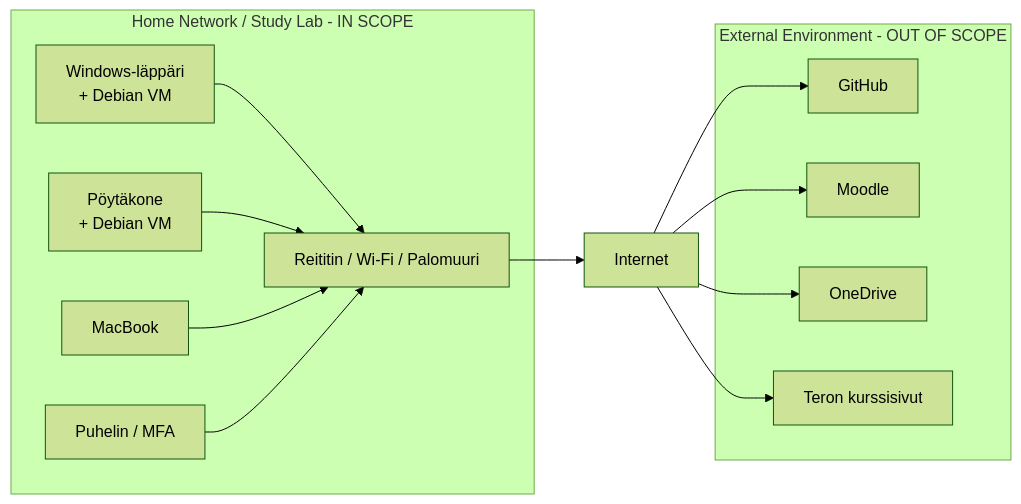
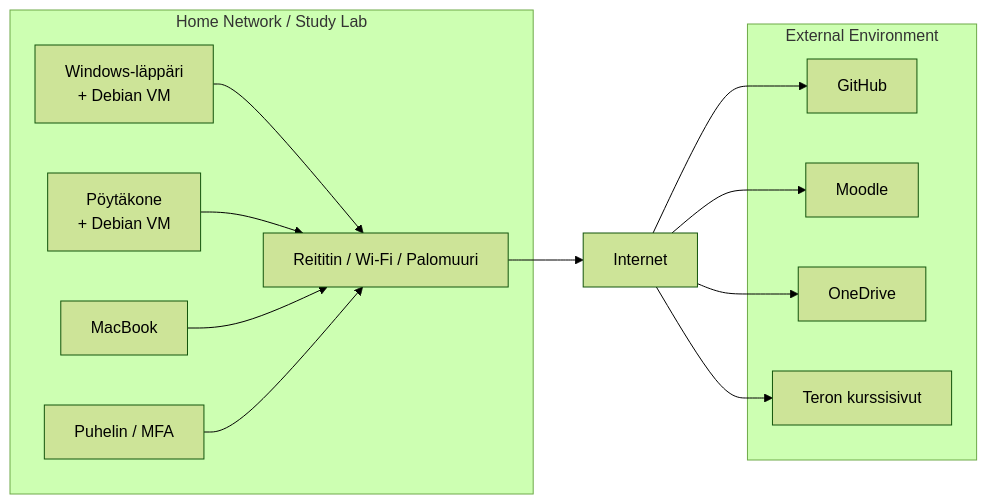
One commit to Ralchuu/sovellustenhakkerointi changed the diagram in h1.md. Above: the diagram before and after it, drawn with Mermaid (forest theme).

````diff
--- a/h1.md
+++ b/h1.md
@@ -89,29 +89,29 @@
 ```mermaid
 flowchart LR
-    subgraph IN["Home Network / Study Lab - IN SCOPE"]
+    subgraph IN["Home Network / Study Lab"]
         Laptop["Windows-läppäri<br/>+ Debian VM"]
         Desktop["Pöytäkone<br/>+ Debian VM"]
         Mac["MacBook"]
         Phone["Puhelin / MFA"]
         Router["Reititin / Wi-Fi / Palomuuri"]
 
         Laptop --> Router
         Desktop --> Router
         Mac --> Router
         Phone --> Router
     end
 
     Router --> Internet["Internet"]
 
-    subgraph OUT["External Environment - OUT OF SCOPE"]
+    subgraph OUT["External Environment"]
         GitHub["GitHub"]
         Moodle["Moodle"]
         OneDrive["OneDrive"]
         Tero["Teron kurssisivut"]
     end
 
     Internet --> GitHub
     Internet --> Moodle
     Internet --> OneDrive
     Internet --> Tero
 ```
````
